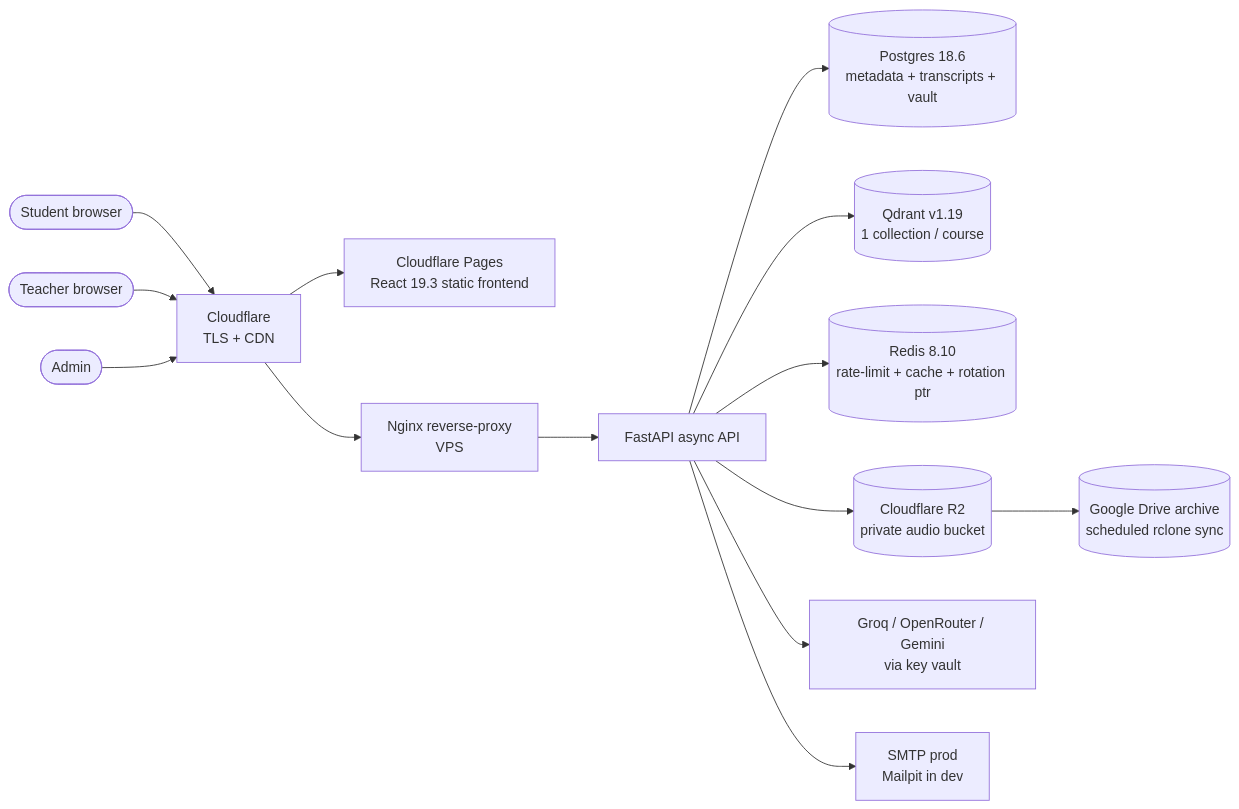
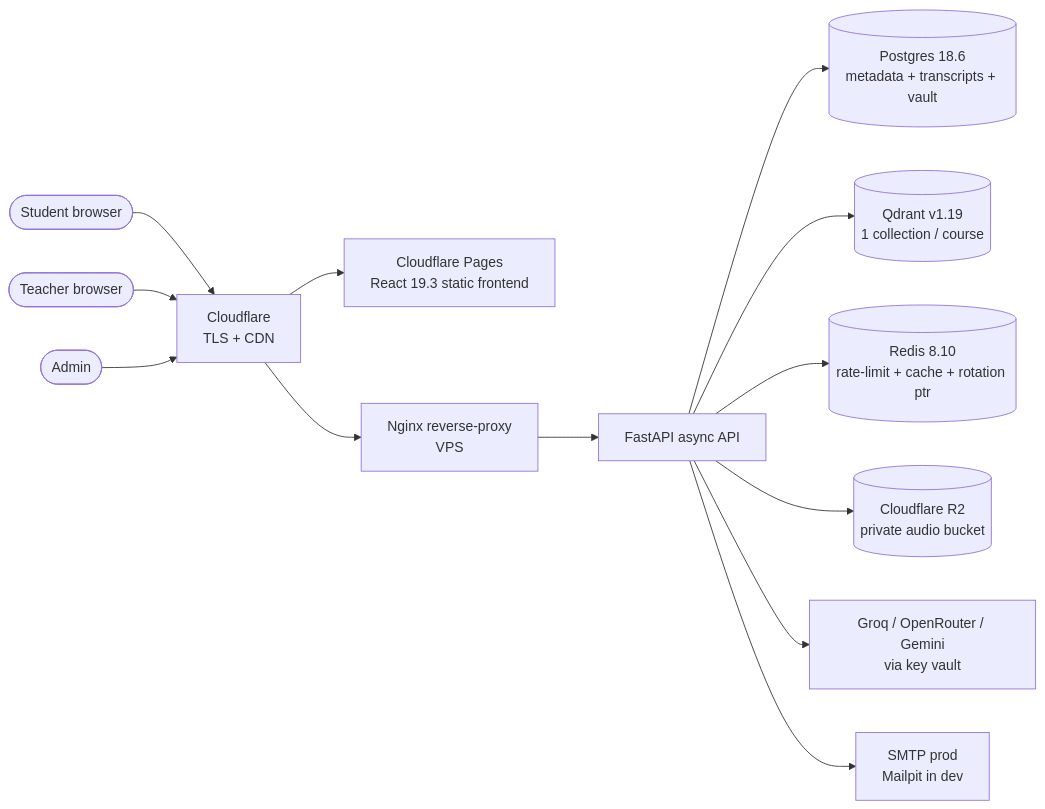
The first of 2 diagrams in docs/architecture.md (Mahmoud-El-Saeed/majlis), drawn with Mermaid before and after one commit. The commit also changed 29 other files, not shown here.

````diff
--- a/docs/architecture.md
+++ b/docs/architecture.md
@@ -7,16 +7,15 @@
 ```mermaid
 flowchart LR
     Student([Student browser]) --> CF[Cloudflare<br/>TLS + CDN]
     Teacher([Teacher browser]) --> CF
     Admin([Admin]) --> CF
     CF --> Pages[Cloudflare Pages<br/>React 19.3 static frontend]
     CF --> Proxy[Nginx reverse-proxy<br/>VPS]
     Proxy --> API[FastAPI async API]
     API --> PG[(Postgres 18.6<br/>metadata + transcripts + vault)]
     API --> QD[(Qdrant v1.19<br/>1 collection / course)]
     API --> RD[(Redis 8.10<br/>rate-limit + cache + rotation ptr)]
     API --> R2[(Cloudflare R2<br/>private audio bucket)]
     API --> LLMs[Groq / OpenRouter / Gemini<br/>via key vault]
     API --> SMTP[SMTP prod<br/>Mailpit in dev]
-    R2 --> Drive[(Google Drive archive<br/>scheduled rclone sync)]
 ```
````
